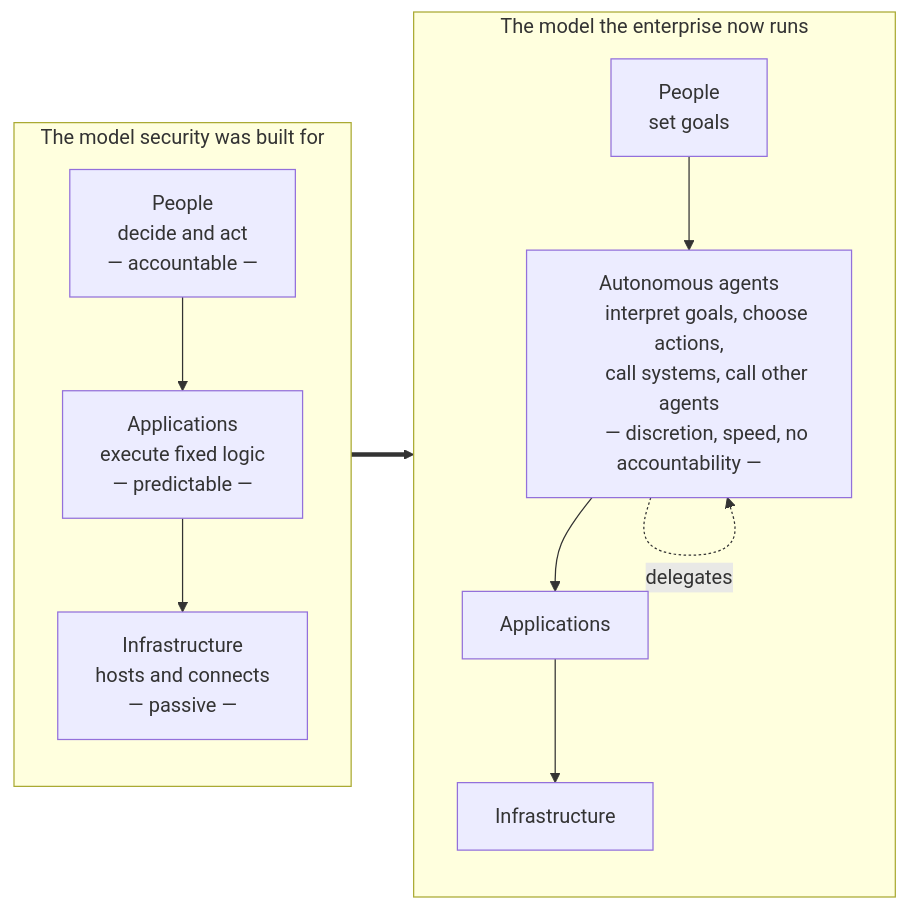
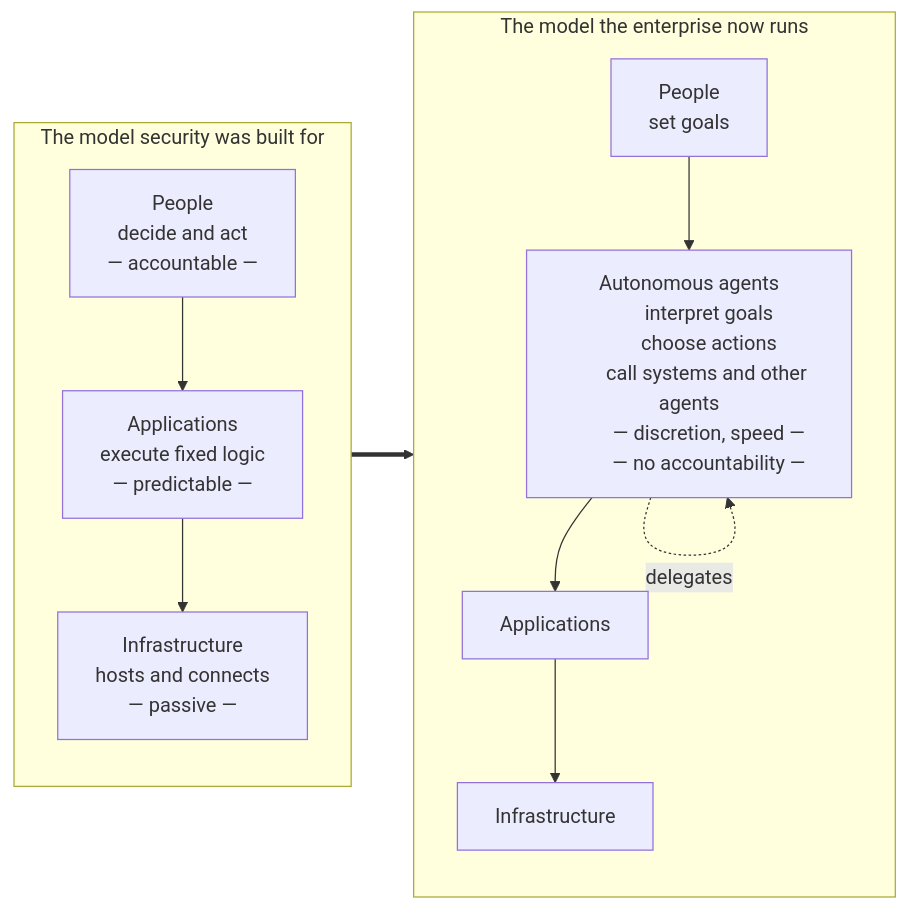
One commit to subodhpatil/suubodhpatil.github.io changed the first of 2 diagrams in _posts/2026-10-03-from-zero-trust-to-agent-trust.md. Above: the diagram before and after it, drawn with Mermaid. The commit also changed other lines of this file, not shown here.

Commit message:
Agent Trust post: plain-language Key Takeaways; fix clipped text in actor-model diagram

````diff
--- a/_posts/2026-10-03-from-zero-trust-to-agent-trust.md
+++ b/_posts/2026-10-03-from-zero-trust-to-agent-trust.md
@@ -127,32 +127,34 @@
 ```mermaid
 flowchart LR
     subgraph OLD["The model security was built for"]
         direction TB
         U1["People
         decide and act
         — accountable —"]
         A1["Applications
         execute fixed logic
         — predictable —"]
         I1["Infrastructure
         hosts and connects
         — passive —"]
         U1 --> A1 --> I1
     end
 
     subgraph NEW["The model the enterprise now runs"]
         direction TB
         U2["People
         set goals"]
         AG["Autonomous agents
-        interpret goals, choose actions,
-        call systems, call other agents
-        — discretion, speed, no accountability —"]
+        interpret goals
+        choose actions
+        call systems and other agents
+        — discretion, speed —
+        — no accountability —"]
         A2["Applications"]
         I2["Infrastructure"]
         U2 --> AG --> A2 --> I2
         AG -. delegates .-> AG
     end
 
     OLD ==> NEW
 ```
````
